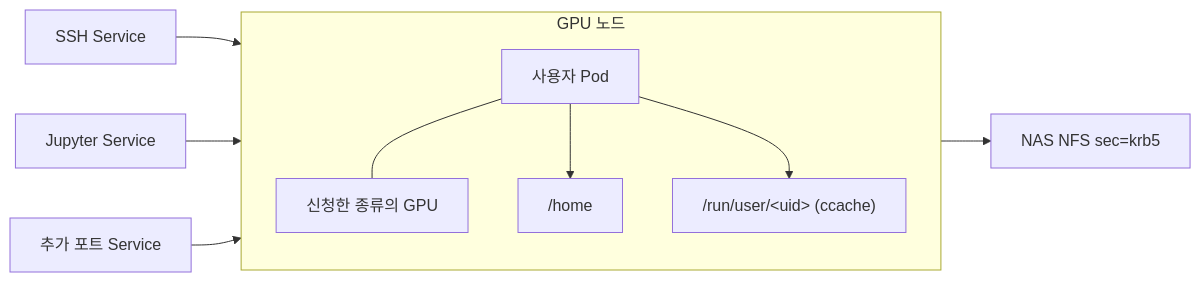
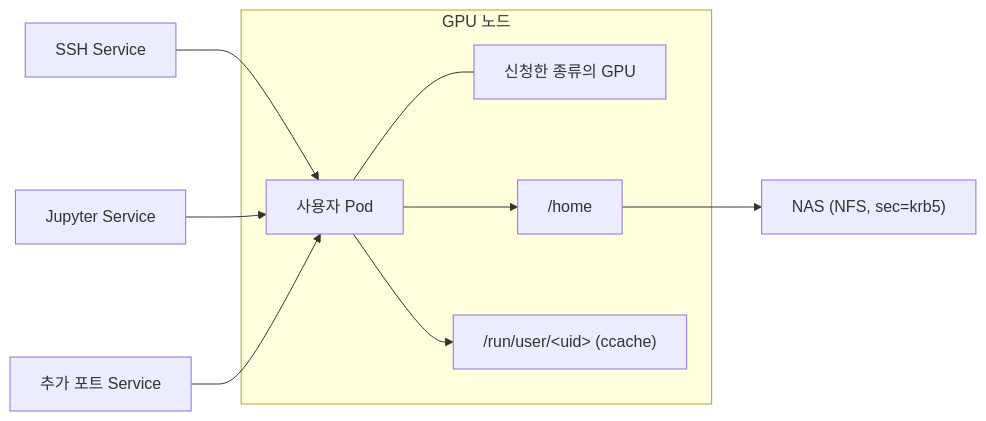
One commit to CSID-DGU/admin_wiki changed the second of 4 diagrams in md/infra/design/시스템-아키텍처.md. Above: the diagram before and after it, drawn with Mermaid. The commit also changed other lines of this file and 14 other files, not shown here.

````diff
--- a/md/infra/design/시스템-아키텍처.md
+++ b/md/infra/design/시스템-아키텍처.md
@@ -382,18 +106,17 @@
 ```mermaid
 flowchart LR
     subgraph NODE[GPU 노드]
-        direction TB
         POD[사용자 Pod]
         GPU[신청한 종류의 GPU]
         HOME["/home"]
         CC["/run/user/&lt;uid&gt; (ccache)"]
     end
 
     S1[SSH Service] --> POD
     S2[Jupyter Service] --> POD
     S3[추가 포트 Service] --> POD
     POD --- GPU
     POD --> HOME
     POD --> CC
-    HOME --> NAS[NAS NFS sec=krb5]
+    HOME --> NAS["NAS (NFS, sec=krb5)"]
 ```
````
